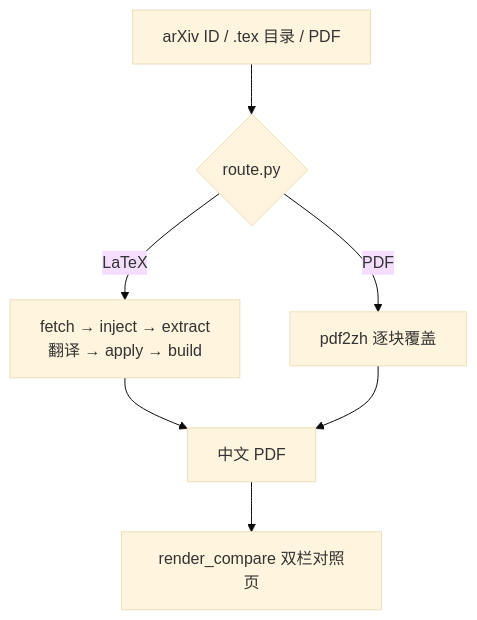
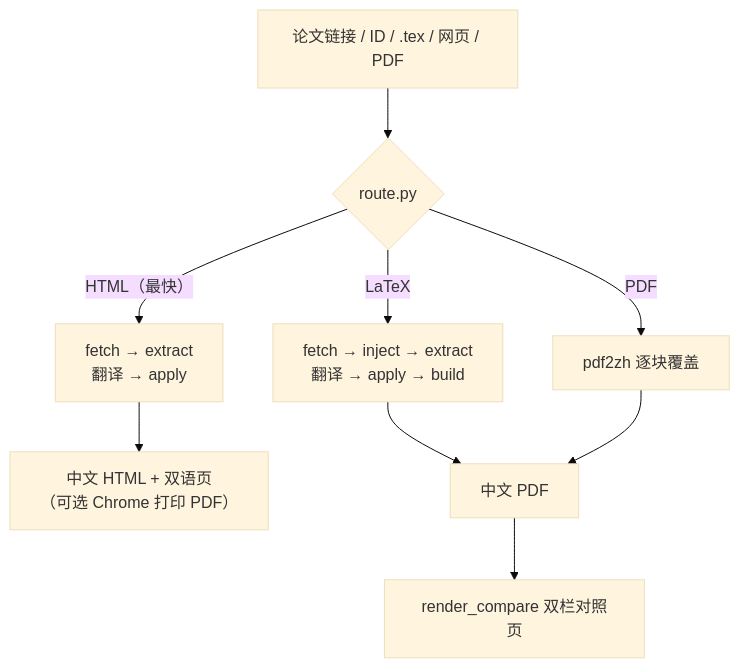
The diagram in README.md (hellow-world-collab/paper-translation-skill), drawn with Mermaid (base theme) before and after one commit. The commit also changed other lines of this file and 9 other files, not shown here.

First line of the commit message:
feat(1.0.6): 新增 HTML 分支与三路自动选路，支持 arXiv 之外的来源

````diff
--- a/README.md
+++ b/README.md
@@ -129,9 +173,11 @@
 ```mermaid
 flowchart TD
-    A["arXiv ID / .tex 目录 / PDF"] --> R{"route.py"}
+    A["论文链接 / ID / .tex / 网页 / PDF"] --> R{"route.py"}
+    R -->|"HTML（最快）"| H["fetch → extract<br/>翻译 → apply"]
     R -->|LaTeX| L["fetch → inject → extract<br/>翻译 → apply → build"]
     R -->|PDF| P["pdf2zh 逐块覆盖"]
-    L --> O["中文 PDF"]
-    P --> O
-    O --> C["render_compare 双栏对照页"]
+    H --> O["中文 HTML + 双语页<br/>（可选 Chrome 打印 PDF）"]
+    L --> O2["中文 PDF"]
+    P --> O2
+    O2 --> C["render_compare 双栏对照页"]
 ```
````
